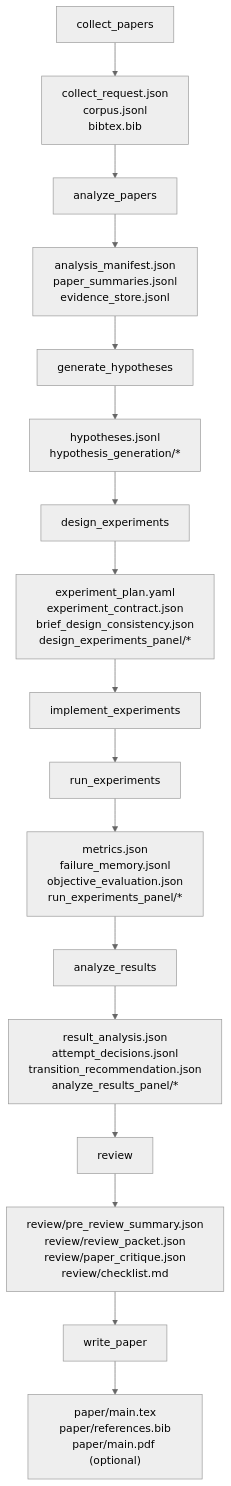
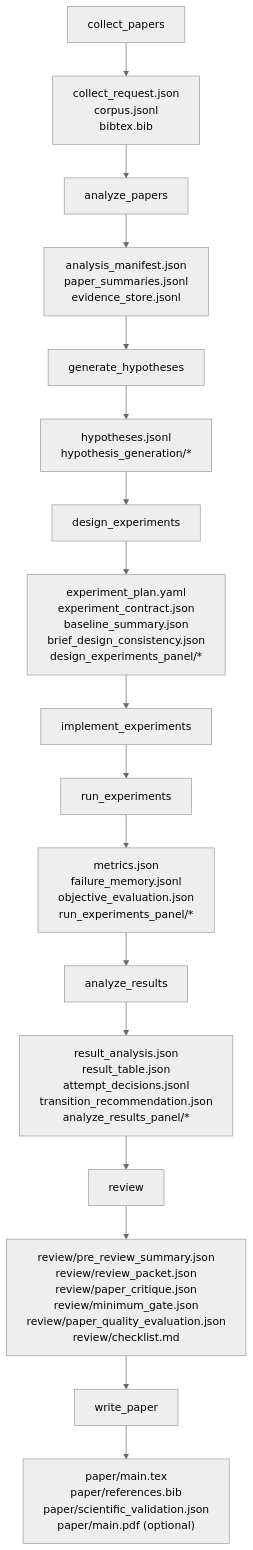
The seventh of 8 diagrams in README.md (lhy0718/AutoResearch), drawn with Mermaid (neutral theme) before and after one commit. The commit also changed other lines of this file and 17 other files, not shown here.

````diff
--- a/README.md
+++ b/README.md
@@ -427,19 +449,19 @@
 ```mermaid
 flowchart TB
     A["collect_papers"] --> A1["collect_request.json<br/>corpus.jsonl<br/>bibtex.bib"]
     A1 --> B["analyze_papers"]
     B --> B1["analysis_manifest.json<br/>paper_summaries.jsonl<br/>evidence_store.jsonl"]
     B1 --> C["generate_hypotheses"]
     C --> C1["hypotheses.jsonl<br/>hypothesis_generation/*"]
     C1 --> D["design_experiments"]
-    D --> D1["experiment_plan.yaml<br/>experiment_contract.json<br/>brief_design_consistency.json<br/>design_experiments_panel/*"]
+    D --> D1["experiment_plan.yaml<br/>experiment_contract.json<br/>baseline_summary.json<br/>brief_design_consistency.json<br/>design_experiments_panel/*"]
     D1 --> E["implement_experiments"]
     E --> F["run_experiments"]
     F --> F1["metrics.json<br/>failure_memory.jsonl<br/>objective_evaluation.json<br/>run_experiments_panel/*"]
     F1 --> G["analyze_results"]
-    G --> G1["result_analysis.json<br/>attempt_decisions.jsonl<br/>transition_recommendation.json<br/>analyze_results_panel/*"]
+    G --> G1["result_analysis.json<br/>result_table.json<br/>attempt_decisions.jsonl<br/>transition_recommendation.json<br/>analyze_results_panel/*"]
     G1 --> H["review"]
-    H --> H1["review/pre_review_summary.json<br/>review/review_packet.json<br/>review/paper_critique.json<br/>review/checklist.md"]
+    H --> H1["review/pre_review_summary.json<br/>review/review_packet.json<br/>review/paper_critique.json<br/>review/minimum_gate.json<br/>review/paper_quality_evaluation.json<br/>review/checklist.md"]
     H1 --> I["write_paper"]
-    I --> I1["paper/main.tex<br/>paper/references.bib<br/>paper/main.pdf (optional)"]
+    I --> I1["paper/main.tex<br/>paper/references.bib<br/>paper/scientific_validation.json<br/>paper/main.pdf (optional)"]
 ```
````
